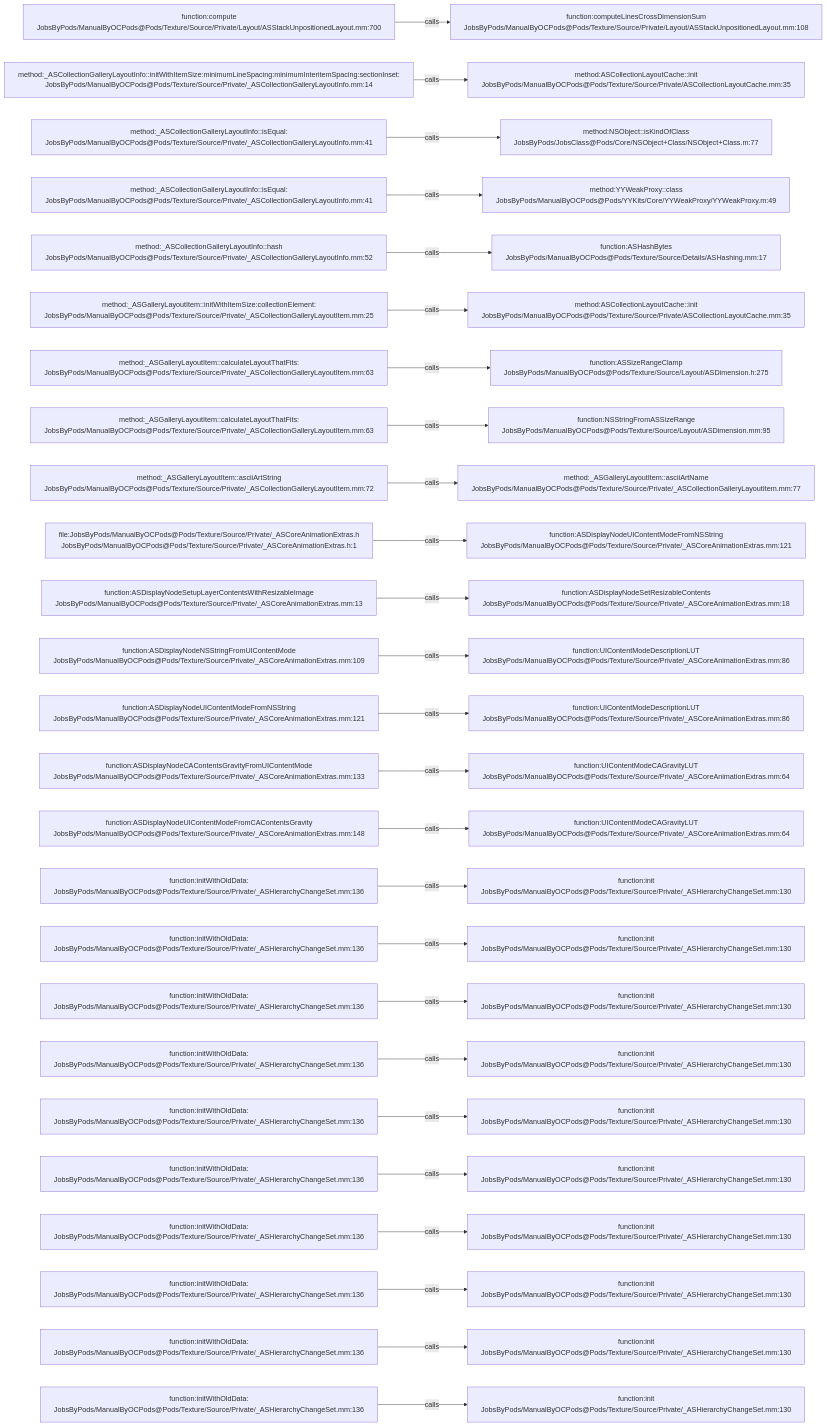
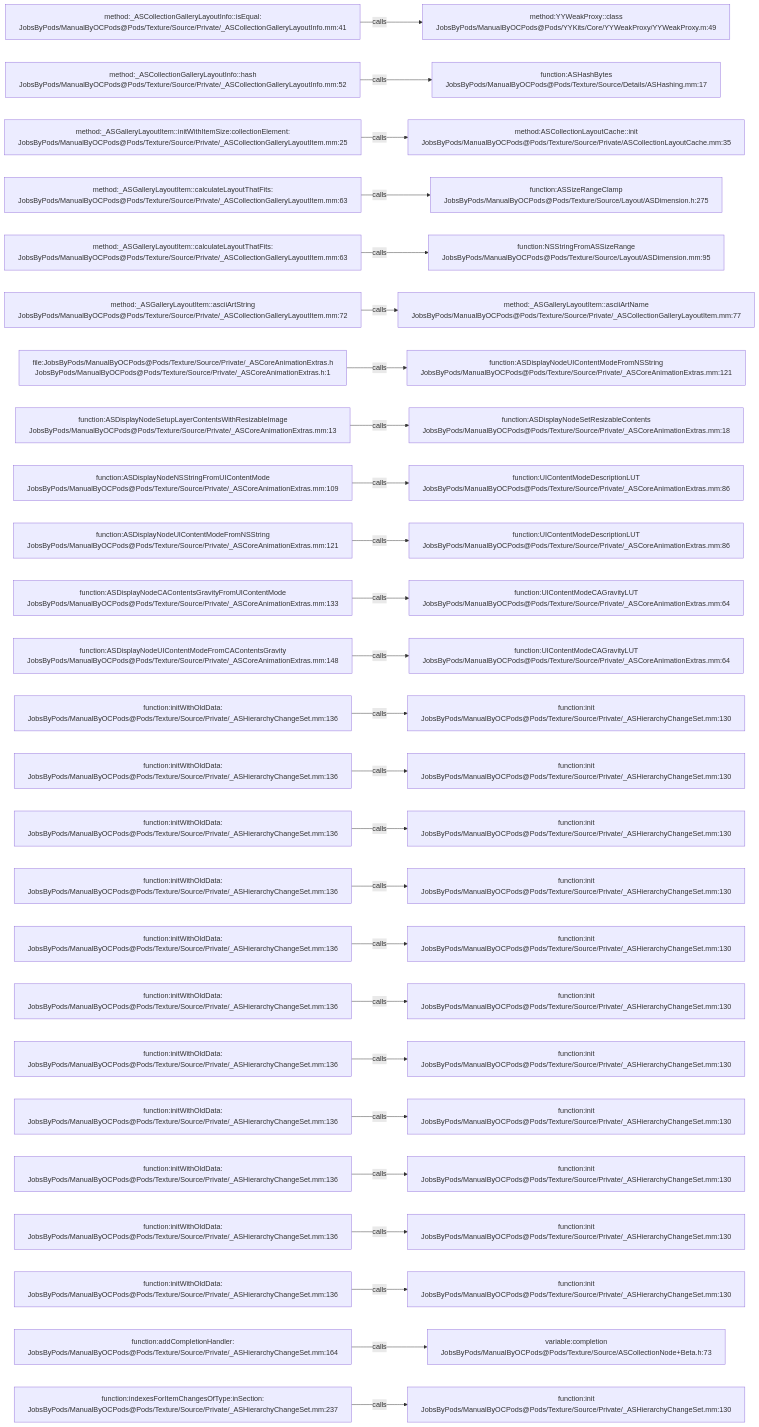
The diagram in .codegraph/codegraph.md/graphs/calls-199.md (JobsKits/JobsOCBaseConfigDemo), drawn with Mermaid before and after one commit. The commit also changed 342 other files, not shown here.

````diff
--- a/.codegraph/codegraph.md/graphs/calls-199.md
+++ b/.codegraph/codegraph.md/graphs/calls-199.md
@@ -13,78 +13,78 @@
 ```mermaid
 flowchart LR
-  S1["function:compute<br/>JobsByPods/ManualByOCPods@Pods/Texture/Source/Private/Layout/ASStackUnpositionedLayout.mm:700"]
-  T1["function:computeLinesCrossDimensionSum<br/>JobsByPods/ManualByOCPods@Pods/Texture/Source/Private/Layout/ASStackUnpositionedLayout.mm:108"]
+  S1["method:_ASCollectionGalleryLayoutInfo::isEqual:<br/>JobsByPods/ManualByOCPods@Pods/Texture/Source/Private/_ASCollectionGalleryLayoutInfo.mm:41"]
+  T1["method:YYWeakProxy::class<br/>JobsByPods/ManualByOCPods@Pods/YYKits/Core/YYWeakProxy/YYWeakProxy.m:49"]
   S1 -->|calls| T1
-  S2["method:_ASCollectionGalleryLayoutInfo::initWithItemSize:minimumLineSpacing:minimumInteritemSpacing:sectionInset:<br/>JobsByPods/ManualByOCPods@Pods/Texture/Source/Private/_ASCollectionGalleryLayoutInfo.mm:14"]
-  T2["method:ASCollectionLayoutCache::init<br/>JobsByPods/ManualByOCPods@Pods/Texture/Source/Private/ASCollectionLayoutCache.mm:35"]
+  S2["method:_ASCollectionGalleryLayoutInfo::hash<br/>JobsByPods/ManualByOCPods@Pods/Texture/Source/Private/_ASCollectionGalleryLayoutInfo.mm:52"]
+  T2["function:ASHashBytes<br/>JobsByPods/ManualByOCPods@Pods/Texture/Source/Details/ASHashing.mm:17"]
   S2 -->|calls| T2
-  S3["method:_ASCollectionGalleryLayoutInfo::isEqual:<br/>JobsByPods/ManualByOCPods@Pods/Texture/Source/Private/_ASCollectionGalleryLayoutInfo.mm:41"]
-  T3["method:NSObject::isKindOfClass<br/>JobsByPods/JobsClass@Pods/Core/NSObject+Class/NSObject+Class.m:77"]
+  S3["method:_ASGalleryLayoutItem::initWithItemSize:collectionElement:<br/>JobsByPods/ManualByOCPods@Pods/Texture/Source/Private/_ASCollectionGalleryLayoutItem.mm:25"]
+  T3["method:ASCollectionLayoutCache::init<br/>JobsByPods/ManualByOCPods@Pods/Texture/Source/Private/ASCollectionLayoutCache.mm:35"]
   S3 -->|calls| T3
-  S4["method:_ASCollectionGalleryLayoutInfo::isEqual:<br/>JobsByPods/ManualByOCPods@Pods/Texture/Source/Private/_ASCollectionGalleryLayoutInfo.mm:41"]
-  T4["method:YYWeakProxy::class<br/>JobsByPods/ManualByOCPods@Pods/YYKits/Core/YYWeakProxy/YYWeakProxy.m:49"]
+  S4["method:_ASGalleryLayoutItem::calculateLayoutThatFits:<br/>JobsByPods/ManualByOCPods@Pods/Texture/Source/Private/_ASCollectionGalleryLayoutItem.mm:63"]
+  T4["function:ASSizeRangeClamp<br/>JobsByPods/ManualByOCPods@Pods/Texture/Source/Layout/ASDimension.h:275"]
   S4 -->|calls| T4
-  S5["method:_ASCollectionGalleryLayoutInfo::hash<br/>JobsByPods/ManualByOCPods@Pods/Texture/Source/Private/_ASCollectionGalleryLayoutInfo.mm:52"]
-  T5["function:ASHashBytes<br/>JobsByPods/ManualByOCPods@Pods/Texture/Source/Details/ASHashing.mm:17"]
+  S5["method:_ASGalleryLayoutItem::calculateLayoutThatFits:<br/>JobsByPods/ManualByOCPods@Pods/Texture/Source/Private/_ASCollectionGalleryLayoutItem.mm:63"]
+  T5["function:NSStringFromASSizeRange<br/>JobsByPods/ManualByOCPods@Pods/Texture/Source/Layout/ASDimension.mm:95"]
   S5 -->|calls| T5
-  S6["method:_ASGalleryLayoutItem::initWithItemSize:collectionElement:<br/>JobsByPods/ManualByOCPods@Pods/Texture/Source/Private/_ASCollectionGalleryLayoutItem.mm:25"]
-  T6["method:ASCollectionLayoutCache::init<br/>JobsByPods/ManualByOCPods@Pods/Texture/Source/Private/ASCollectionLayoutCache.mm:35"]
+  S6["method:_ASGalleryLayoutItem::asciiArtString<br/>JobsByPods/ManualByOCPods@Pods/Texture/Source/Private/_ASCollectionGalleryLayoutItem.mm:72"]
+  T6["method:_ASGalleryLayoutItem::asciiArtName<br/>JobsByPods/ManualByOCPods@Pods/Texture/Source/Private/_ASCollectionGalleryLayoutItem.mm:77"]
   S6 -->|calls| T6
-  S7["method:_ASGalleryLayoutItem::calculateLayoutThatFits:<br/>JobsByPods/ManualByOCPods@Pods/Texture/Source/Private/_ASCollectionGalleryLayoutItem.mm:63"]
-  T7["function:ASSizeRangeClamp<br/>JobsByPods/ManualByOCPods@Pods/Texture/Source/Layout/ASDimension.h:275"]
+  S7["file:JobsByPods/ManualByOCPods@Pods/Texture/Source/Private/_ASCoreAnimationExtras.h<br/>JobsByPods/ManualByOCPods@Pods/Texture/Source/Private/_ASCoreAnimationExtras.h:1"]
+  T7["function:ASDisplayNodeUIContentModeFromNSString<br/>JobsByPods/ManualByOCPods@Pods/Texture/Source/Private/_ASCoreAnimationExtras.mm:121"]
   S7 -->|calls| T7
-  S8["method:_ASGalleryLayoutItem::calculateLayoutThatFits:<br/>JobsByPods/ManualByOCPods@Pods/Texture/Source/Private/_ASCollectionGalleryLayoutItem.mm:63"]
-  T8["function:NSStringFromASSizeRange<br/>JobsByPods/ManualByOCPods@Pods/Texture/Source/Layout/ASDimension.mm:95"]
+  S8["function:ASDisplayNodeSetupLayerContentsWithResizableImage<br/>JobsByPods/ManualByOCPods@Pods/Texture/Source/Private/_ASCoreAnimationExtras.mm:13"]
+  T8["function:ASDisplayNodeSetResizableContents<br/>JobsByPods/ManualByOCPods@Pods/Texture/Source/Private/_ASCoreAnimationExtras.mm:18"]
   S8 -->|calls| T8
-  S9["method:_ASGalleryLayoutItem::asciiArtString<br/>JobsByPods/ManualByOCPods@Pods/Texture/Source/Private/_ASCollectionGalleryLayoutItem.mm:72"]
-  T9["method:_ASGalleryLayoutItem::asciiArtName<br/>JobsByPods/ManualByOCPods@Pods/Texture/Source/Private/_ASCollectionGalleryLayoutItem.mm:77"]
+  S9["function:ASDisplayNodeNSStringFromUIContentMode<br/>JobsByPods/ManualByOCPods@Pods/Texture/Source/Private/_ASCoreAnimationExtras.mm:109"]
+  T9["function:UIContentModeDescriptionLUT<br/>JobsByPods/ManualByOCPods@Pods/Texture/Source/Private/_ASCoreAnimationExtras.mm:86"]
   S9 -->|calls| T9
-  S10["file:JobsByPods/ManualByOCPods@Pods/Texture/Source/Private/_ASCoreAnimationExtras.h<br/>JobsByPods/ManualByOCPods@Pods/Texture/Source/Private/_ASCoreAnimationExtras.h:1"]
-  T10["function:ASDisplayNodeUIContentModeFromNSString<br/>JobsByPods/ManualByOCPods@Pods/Texture/Source/Private/_ASCoreAnimationExtras.mm:121"]
+  S10["function:ASDisplayNodeUIContentModeFromNSString<br/>JobsByPods/ManualByOCPods@Pods/Texture/Source/Private/_ASCoreAnimationExtras.mm:121"]
+  T10["function:UIContentModeDescriptionLUT<br/>JobsByPods/ManualByOCPods@Pods/Texture/Source/Private/_ASCoreAnimationExtras.mm:86"]
   S10 -->|calls| T10
-  S11["function:ASDisplayNodeSetupLayerContentsWithResizableImage<br/>JobsByPods/ManualByOCPods@Pods/Texture/Source/Private/_ASCoreAnimationExtras.mm:13"]
-  T11["function:ASDisplayNodeSetResizableContents<br/>JobsByPods/ManualByOCPods@Pods/Texture/Source/Private/_ASCoreAnimationExtras.mm:18"]
+  S11["function:ASDisplayNodeCAContentsGravityFromUIContentMode<br/>JobsByPods/ManualByOCPods@Pods/Texture/Source/Private/_ASCoreAnimationExtras.mm:133"]
+  T11["function:UIContentModeCAGravityLUT<br/>JobsByPods/ManualByOCPods@Pods/Texture/Source/Private/_ASCoreAnimationExtras.mm:64"]
   S11 -->|calls| T11
-  S12["function:ASDisplayNodeNSStringFromUIContentMode<br/>JobsByPods/ManualByOCPods@Pods/Texture/Source/Private/_ASCoreAnimationExtras.mm:109"]
-  T12["function:UIContentModeDescriptionLUT<br/>JobsByPods/ManualByOCPods@Pods/Texture/Source/Private/_ASCoreAnimationExtras.mm:86"]
+  S12["function:ASDisplayNodeUIContentModeFromCAContentsGravity<br/>JobsByPods/ManualByOCPods@Pods/Texture/Source/Private/_ASCoreAnimationExtras.mm:148"]
+  T12["function:UIContentModeCAGravityLUT<br/>JobsByPods/ManualByOCPods@Pods/Texture/Source/Private/_ASCoreAnimationExtras.mm:64"]
   S12 -->|calls| T12
-  S13["function:ASDisplayNodeUIContentModeFromNSString<br/>JobsByPods/ManualByOCPods@Pods/Texture/Source/Private/_ASCoreAnimationExtras.mm:121"]
-  T13["function:UIContentModeDescriptionLUT<br/>JobsByPods/ManualByOCPods@Pods/Texture/Source/Private/_ASCoreAnimationExtras.mm:86"]
+  S13["function:initWithOldData:<br/>JobsByPods/ManualByOCPods@Pods/Texture/Source/Private/_ASHierarchyChangeSet.mm:136"]
+  T13["function:init<br/>JobsByPods/ManualByOCPods@Pods/Texture/Source/Private/_ASHierarchyChangeSet.mm:130"]
   S13 -->|calls| T13
-  S14["function:ASDisplayNodeCAContentsGravityFromUIContentMode<br/>JobsByPods/ManualByOCPods@Pods/Texture/Source/Private/_ASCoreAnimationExtras.mm:133"]
-  T14["function:UIContentModeCAGravityLUT<br/>JobsByPods/ManualByOCPods@Pods/Texture/Source/Private/_ASCoreAnimationExtras.mm:64"]
+  S14["function:initWithOldData:<br/>JobsByPods/ManualByOCPods@Pods/Texture/Source/Private/_ASHierarchyChangeSet.mm:136"]
+  T14["function:init<br/>JobsByPods/ManualByOCPods@Pods/Texture/Source/Private/_ASHierarchyChangeSet.mm:130"]
   S14 -->|calls| T14
-  S15["function:ASDisplayNodeUIContentModeFromCAContentsGravity<br/>JobsByPods/ManualByOCPods@Pods/Texture/Source/Private/_ASCoreAnimationExtras.mm:148"]
-  T15["function:UIContentModeCAGravityLUT<br/>JobsByPods/ManualByOCPods@Pods/Texture/Source/Private/_ASCoreAnimationExtras.mm:64"]
+  S15["function:initWithOldData:<br/>JobsByPods/ManualByOCPods@Pods/Texture/Source/Private/_ASHierarchyChangeSet.mm:136"]
+  T15["function:init<br/>JobsByPods/ManualByOCPods@Pods/Texture/Source/Private/_ASHierarchyChangeSet.mm:130"]
   S15 -->|calls| T15
   S16["function:initWithOldData:<br/>JobsByPods/ManualByOCPods@Pods/Texture/Source/Private/_ASHierarchyChangeSet.mm:136"]
   T16["function:init<br/>JobsByPods/ManualByOCPods@Pods/Texture/Source/Private/_ASHierarchyChangeSet.mm:130"]
   S16 -->|calls| T16
   S17["function:initWithOldData:<br/>JobsByPods/ManualByOCPods@Pods/Texture/Source/Private/_ASHierarchyChangeSet.mm:136"]
   T17["function:init<br/>JobsByPods/ManualByOCPods@Pods/Texture/Source/Private/_ASHierarchyChangeSet.mm:130"]
   S17 -->|calls| T17
   S18["function:initWithOldData:<br/>JobsByPods/ManualByOCPods@Pods/Texture/Source/Private/_ASHierarchyChangeSet.mm:136"]
   T18["function:init<br/>JobsByPods/ManualByOCPods@Pods/Texture/Source/Private/_ASHierarchyChangeSet.mm:130"]
   S18 -->|calls| T18
   S19["function:initWithOldData:<br/>JobsByPods/ManualByOCPods@Pods/Texture/Source/Private/_ASHierarchyChangeSet.mm:136"]
   T19["function:init<br/>JobsByPods/ManualByOCPods@Pods/Texture/Source/Private/_ASHierarchyChangeSet.mm:130"]
   S19 -->|calls| T19
   S20["function:initWithOldData:<br/>JobsByPods/ManualByOCPods@Pods/Texture/Source/Private/_ASHierarchyChangeSet.mm:136"]
   T20["function:init<br/>JobsByPods/ManualByOCPods@Pods/Texture/Source/Private/_ASHierarchyChangeSet.mm:130"]
   S20 -->|calls| T20
   S21["function:initWithOldData:<br/>JobsByPods/ManualByOCPods@Pods/Texture/Source/Private/_ASHierarchyChangeSet.mm:136"]
   T21["function:init<br/>JobsByPods/ManualByOCPods@Pods/Texture/Source/Private/_ASHierarchyChangeSet.mm:130"]
   S21 -->|calls| T21
   S22["function:initWithOldData:<br/>JobsByPods/ManualByOCPods@Pods/Texture/Source/Private/_ASHierarchyChangeSet.mm:136"]
   T22["function:init<br/>JobsByPods/ManualByOCPods@Pods/Texture/Source/Private/_ASHierarchyChangeSet.mm:130"]
   S22 -->|calls| T22
   S23["function:initWithOldData:<br/>JobsByPods/ManualByOCPods@Pods/Texture/Source/Private/_ASHierarchyChangeSet.mm:136"]
   T23["function:init<br/>JobsByPods/ManualByOCPods@Pods/Texture/Source/Private/_ASHierarchyChangeSet.mm:130"]
   S23 -->|calls| T23
-  S24["function:initWithOldData:<br/>JobsByPods/ManualByOCPods@Pods/Texture/Source/Private/_ASHierarchyChangeSet.mm:136"]
-  T24["function:init<br/>JobsByPods/ManualByOCPods@Pods/Texture/Source/Private/_ASHierarchyChangeSet.mm:130"]
+  S24["function:addCompletionHandler:<br/>JobsByPods/ManualByOCPods@Pods/Texture/Source/Private/_ASHierarchyChangeSet.mm:164"]
+  T24["variable:completion<br/>JobsByPods/ManualByOCPods@Pods/Texture/Source/ASCollectionNode+Beta.h:73"]
   S24 -->|calls| T24
-  S25["function:initWithOldData:<br/>JobsByPods/ManualByOCPods@Pods/Texture/Source/Private/_ASHierarchyChangeSet.mm:136"]
+  S25["function:indexesForItemChangesOfType:inSection:<br/>JobsByPods/ManualByOCPods@Pods/Texture/Source/Private/_ASHierarchyChangeSet.mm:237"]
   T25["function:init<br/>JobsByPods/ManualByOCPods@Pods/Texture/Source/Private/_ASHierarchyChangeSet.mm:130"]
   S25 -->|calls| T25
 ```
````
